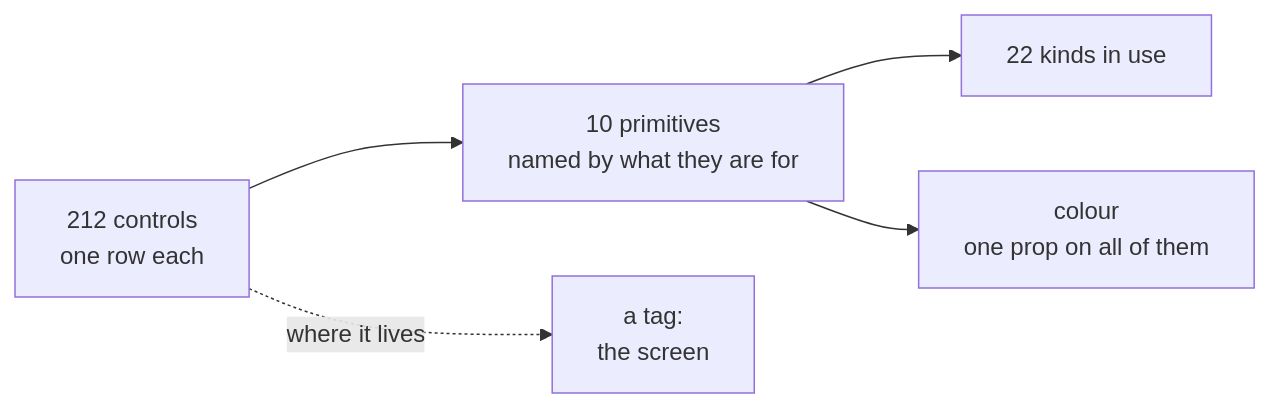
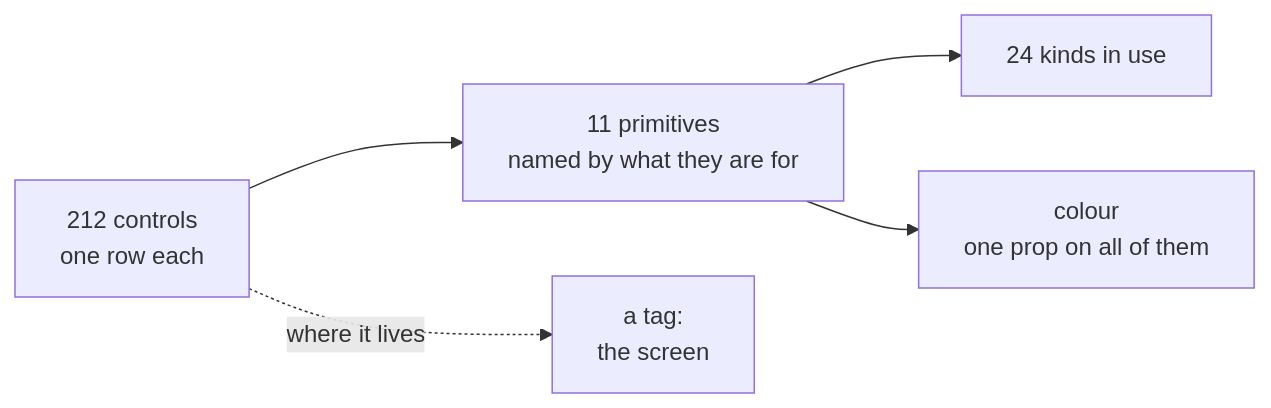
One commit to abossard/bossylights changed the diagram in docs/design/kit.md. Above: the diagram before and after it, drawn with Mermaid. The commit also changed other lines of this file and 21 other files, not shown here.

````diff
--- a/docs/design/kit.md
+++ b/docs/design/kit.md
@@ -6,7 +6,7 @@
 ```mermaid
 flowchart LR
-  R["212 controls<br/>one row each"] --> K["10 primitives<br/>named by what they are for"]
-  K --> V["22 kinds in use"]
+  R["212 controls<br/>one row each"] --> K["11 primitives<br/>named by what they are for"]
+  K --> V["24 kinds in use"]
   K --> C["colour<br/>one prop on all of them"]
   R -. "where it lives" .-> T["a tag:<br/>the screen"]
 ```
````
